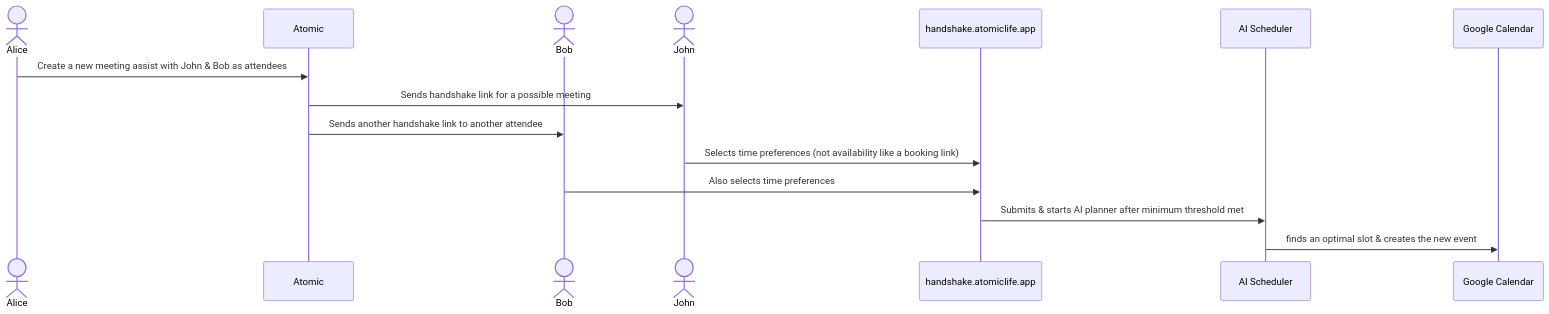
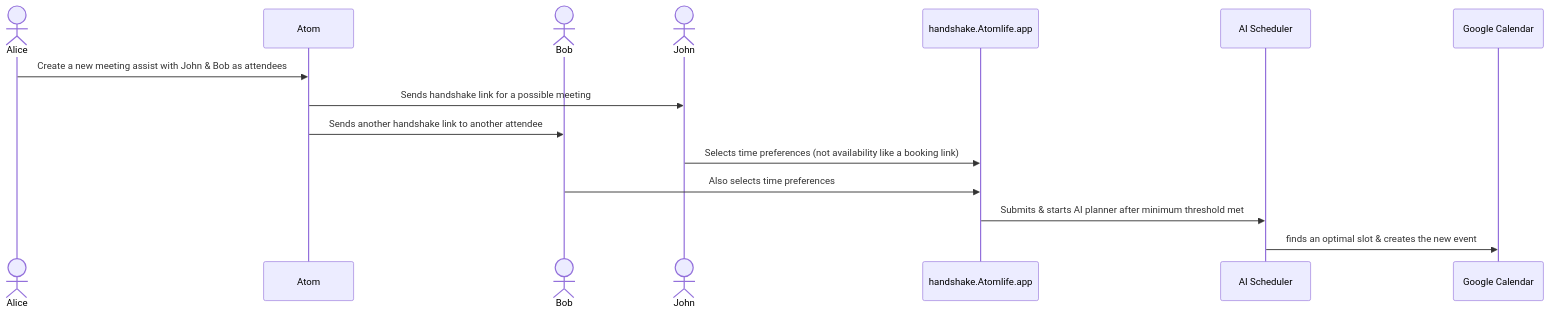
One commit to rush86999/atomic changed the diagram in README.md. Above: the diagram before and after it, drawn with Mermaid. The commit also changed other lines of this file, not shown here.

````diff
--- a/README.md
+++ b/README.md
@@ -255,19 +255,19 @@
 ```mermaid
     sequenceDiagram
     actor Alice
-    participant A as Atomic
+    participant A as Atom
     actor Bob
     actor John
-    participant H as handshake.atomiclife.app
+    participant H as handshake.Atomlife.app
     participant P as AI Scheduler
 
     participant G as Google Calendar
     Alice->>A: Create a new meeting assist with John & Bob as attendees
     A->>John: Sends handshake link for a possible meeting
     A->>Bob: Sends another handshake link to another attendee 
     John->>H: Selects time preferences (not availability like a booking link)
     Bob->>H: Also selects time preferences
     H->>P: Submits & starts AI planner after minimum threshold met
     P->>G: finds an optimal slot & creates the new event
 
 ```
````
